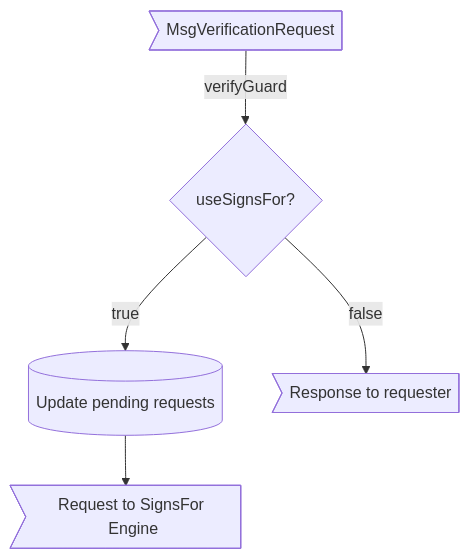
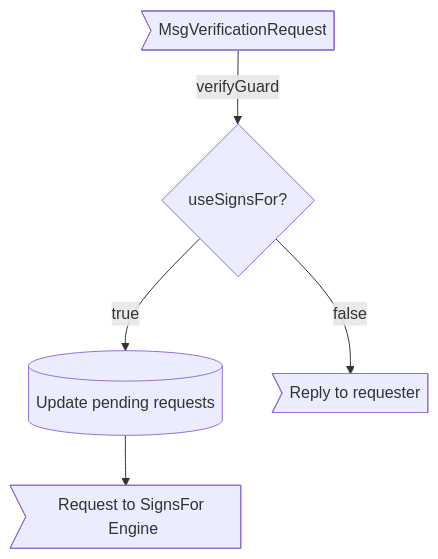
The first of 2 diagrams in docs/arch/node/engines/verification_behaviour.juvix.md (anoma/nspec), drawn with Mermaid before and after one commit. The commit also changed other lines of this file and 37 other files, not shown here.

Commit message:
Renamed all instances of "Response" to "Reply" in message interfaces for consistency across commitment, decryption, identity management, and other engines.

````diff
--- a/docs/arch/node/engines/verification_behaviour.juvix.md
+++ b/docs/arch/node/engines/verification_behaviour.juvix.md
@@ -461,13 +461,13 @@
 ```mermaid
 flowchart TD
   CM>MsgVerificationRequest]
   SC{useSignsFor?}
   ES[(Update pending requests)]
-  MSG1>Response to requester]
+  MSG1>Reply to requester]
   MSG2>Request to SignsFor Engine]
 
   CM --verifyGuard--> SC
   SC --false --> MSG1
   SC --true--> ES
   ES --> MSG2
 ```
````
